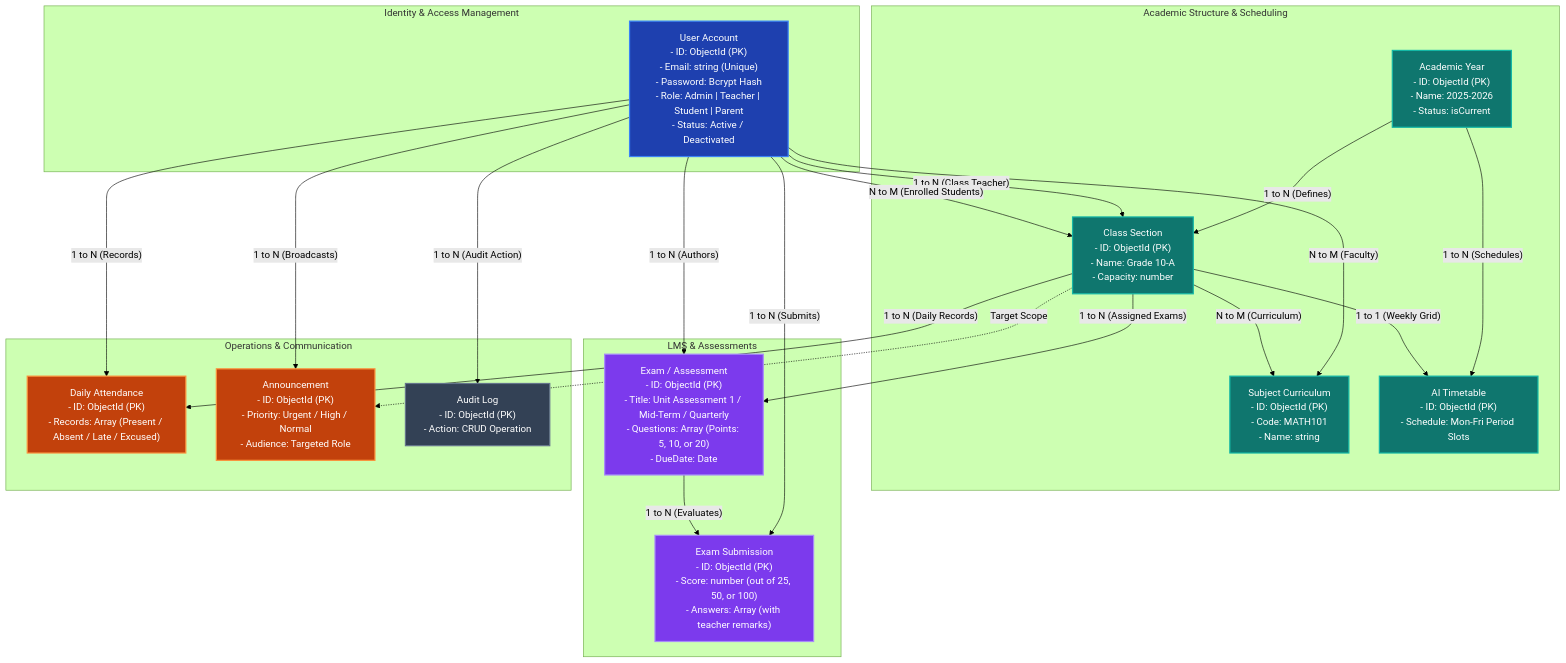
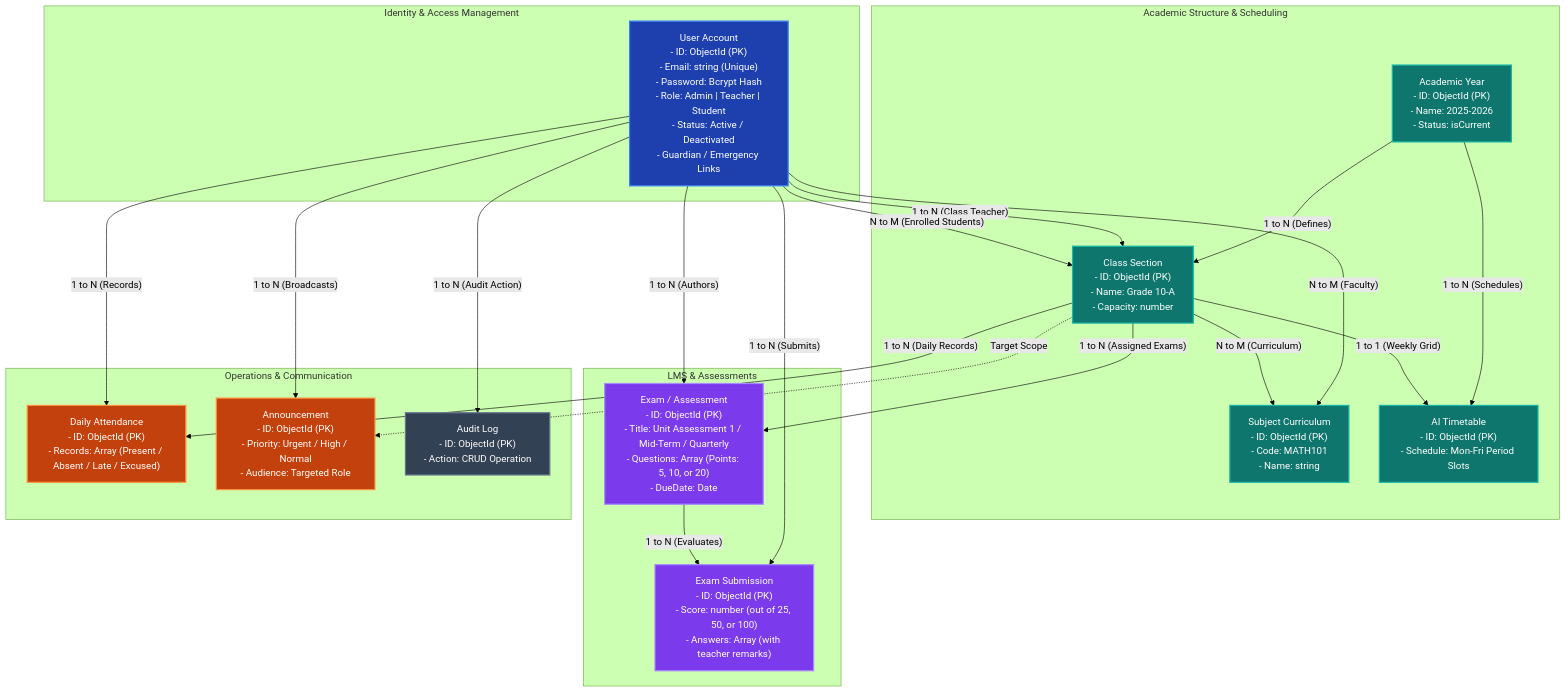
The second of 2 diagrams in readme.md (Sekhar01807/School-Management), drawn with Mermaid (forest theme) before and after one commit. The commit also changed other lines of this file and 1 other file, not shown here.

````diff
--- a/readme.md
+++ b/readme.md
@@ -331,81 +331,82 @@
 ```mermaid
 flowchart TD
     classDef userNode fill:#1E40AF,stroke:#3B82F6,stroke-width:2px,color:#fff;
     classDef academicNode fill:#0F766E,stroke:#14B8A6,stroke-width:2px,color:#fff;
     classDef lmsNode fill:#7C3AED,stroke:#A78BFA,stroke-width:2px,color:#fff;
     classDef opsNode fill:#C2410C,stroke:#FB923C,stroke-width:2px,color:#fff;
     classDef logNode fill:#334155,stroke:#64748B,stroke-width:2px,color:#fff;
 
     subgraph UserManagement ["Identity & Access Management"]
         User["User Account
 - ID: ObjectId (PK)
 - Email: string (Unique)
 - Password: Bcrypt Hash
-- Role: Admin | Teacher | Student | Parent
-- Status: Active / Deactivated"]:::userNode
+- Role: Admin | Teacher | Student
+- Status: Active / Deactivated
+- Guardian / Emergency Links"]:::userNode
     end
 
     subgraph AcademicCore ["Academic Structure & Scheduling"]
         AcademicYear["Academic Year
 - ID: ObjectId (PK)
 - Name: 2025-2026
 - Status: isCurrent"]:::academicNode
         ClassSection["Class Section
 - ID: ObjectId (PK)
 - Name: Grade 10-A
 - Capacity: number"]:::academicNode
         Subject["Subject Curriculum
 - ID: ObjectId (PK)
 - Code: MATH101
 - Name: string"]:::academicNode
         Timetable["AI Timetable
 - ID: ObjectId (PK)
 - Schedule: Mon-Fri Period Slots"]:::academicNode
     end
 
     subgraph LMSModule ["LMS & Assessments"]
         Exam["Exam / Assessment
 - ID: ObjectId (PK)
 - Title: Unit Assessment 1 / Mid-Term / Quarterly
 - Questions: Array (Points: 5, 10, or 20)
 - DueDate: Date"]:::lmsNode
         Submission["Exam Submission
 - ID: ObjectId (PK)
 - Score: number (out of 25, 50, or 100)
 - Answers: Array (with teacher remarks)"]:::lmsNode
     end
 
     subgraph OperationsModule ["Operations & Communication"]
         Attendance["Daily Attendance
 - ID: ObjectId (PK)
 - Records: Array (Present / Absent / Late / Excused)"]:::opsNode
         Announcement["Announcement
 - ID: ObjectId (PK)
 - Priority: Urgent / High / Normal
 - Audience: Targeted Role"]:::opsNode
         ActivitiesLog["Audit Log
 - ID: ObjectId (PK)
 - Action: CRUD Operation"]:::logNode
     end
 
     %% Relational Connections
     AcademicYear -->|"1 to N (Defines)"| ClassSection
     AcademicYear -->|"1 to N (Schedules)"| Timetable
     
     User -->|"1 to N (Class Teacher)"| ClassSection
     User -->|"N to M (Enrolled Students)"| ClassSection
     User -->|"N to M (Faculty)"| Subject
     User -->|"1 to N (Authors)"| Exam
     User -->|"1 to N (Submits)"| Submission
     User -->|"1 to N (Records)"| Attendance
     User -->|"1 to N (Broadcasts)"| Announcement
     User -->|"1 to N (Audit Action)"| ActivitiesLog
 
     ClassSection -->|"N to M (Curriculum)"| Subject
     ClassSection -->|"1 to 1 (Weekly Grid)"| Timetable
     ClassSection -->|"1 to N (Assigned Exams)"| Exam
     ClassSection -->|"1 to N (Daily Records)"| Attendance
     ClassSection -.->|"Target Scope"| Announcement
 
     Exam -->|"1 to N (Evaluates)"| Submission
 ```
````
